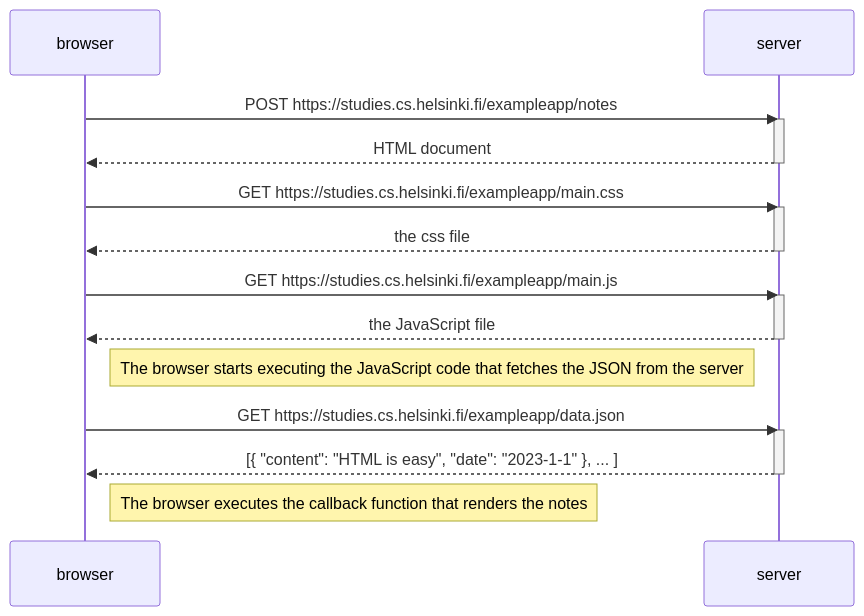
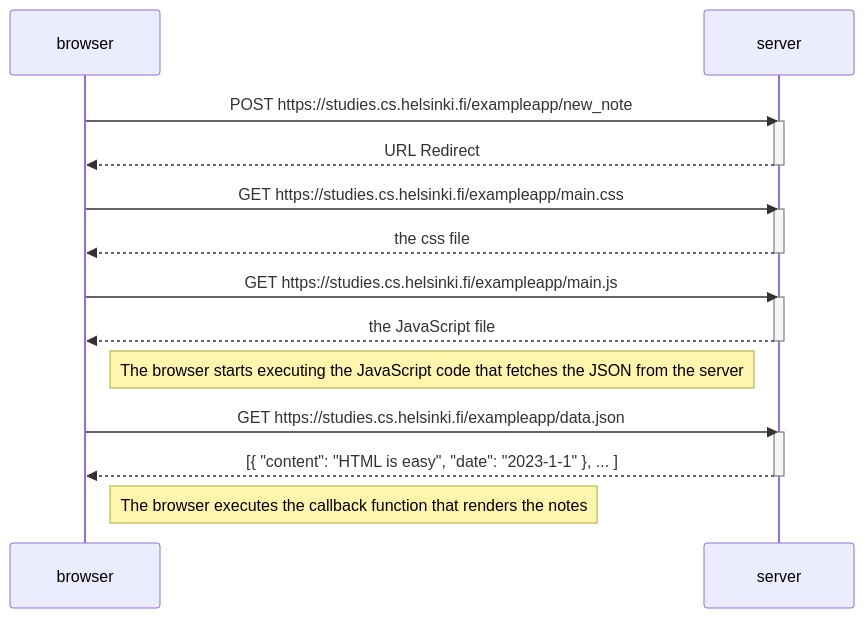
The diagram in part0/exercise4.md (ConradPB/Exercises), drawn with Mermaid before and after one commit.

Commit message:
jpdated markup

````diff
--- a/part0/exercise4.md
+++ b/part0/exercise4.md
@@ -4,30 +4,30 @@
 ```mermaid
 
 sequenceDiagram
     participant browser
     participant server
 
-    browser->>server: POST https://studies.cs.helsinki.fi/exampleapp/notes
+    browser->>server: POST https://studies.cs.helsinki.fi/exampleapp/new_note
     activate server
-    server-->>browser: HTML document
+    server-->>browser: URL Redirect
     deactivate server
 
     browser->>server: GET https://studies.cs.helsinki.fi/exampleapp/main.css
     activate server
     server-->>browser: the css file
     deactivate server
 
     browser->>server: GET https://studies.cs.helsinki.fi/exampleapp/main.js
     activate server
     server-->>browser: the JavaScript file
     deactivate server
 
     Note right of browser: The browser starts executing the JavaScript code that fetches the JSON from the server
 
     browser->>server: GET https://studies.cs.helsinki.fi/exampleapp/data.json
     activate server
     server-->>browser: [{ "content": "HTML is easy", "date": "2023-1-1" }, ... ]
     deactivate server
 
     Note right of browser: The browser executes the callback function that renders the notes
 ```
````
